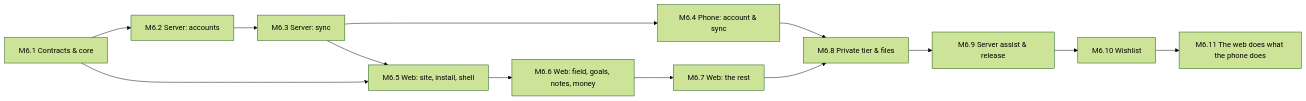
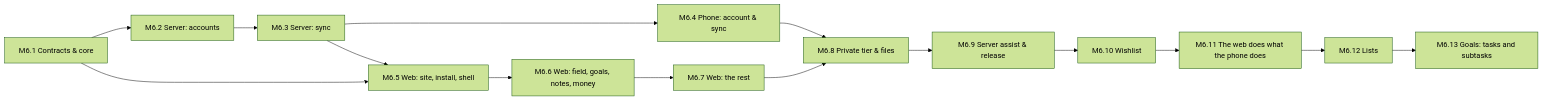
Before and after one commit to ABakdi/Harvest: the diagram in docs/03-Planning/Phase-6-Sync-Accounts-and-Web.md, drawn with Mermaid (forest theme). The commit also changed other lines of this file and 9 other files, not shown here.

Commit message:
docs: Lists, and goals with tasks and subtasks

````diff
--- a/docs/03-Planning/Phase-6-Sync-Accounts-and-Web.md
+++ b/docs/03-Planning/Phase-6-Sync-Accounts-and-Web.md
@@ -20,15 +20,17 @@
 ```mermaid
 flowchart LR
     A[M6.1 Contracts & core] --> B[M6.2 Server: accounts]
     B --> C[M6.3 Server: sync]
     C --> D[M6.4 Phone: account & sync]
     C --> E[M6.5 Web: site, install, shell]
     A --> E
     E --> F[M6.6 Web: field, goals, notes, money]
     F --> G[M6.7 Web: the rest]
     D --> H[M6.8 Private tier & files]
     G --> H
     H --> I[M6.9 Server assist & release]
     I --> J[M6.10 Wishlist]
     J --> K[M6.11 The web does what the phone does]
+    K --> L[M6.12 Lists]
+    L --> M[M6.13 Goals: tasks and subtasks]
 ```
````
